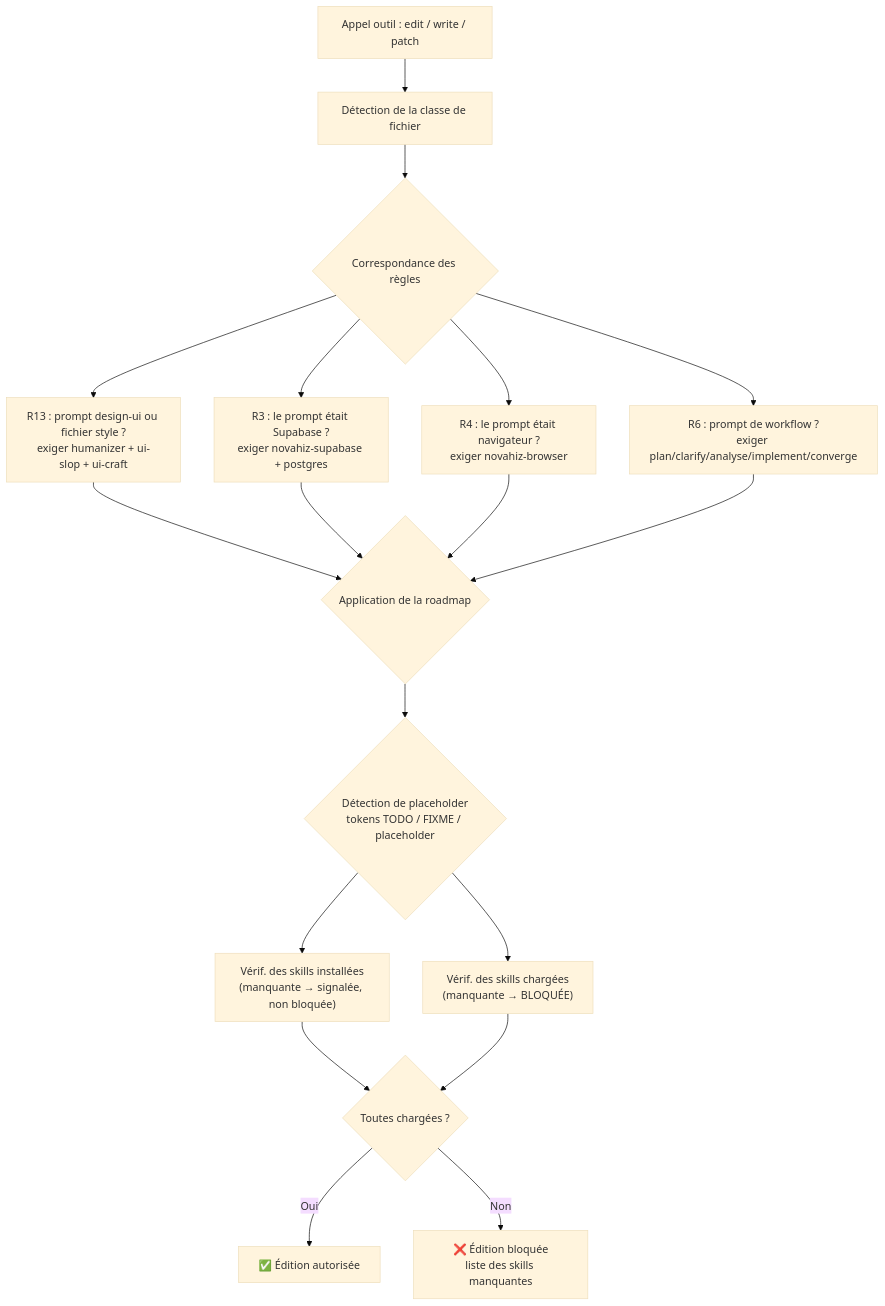
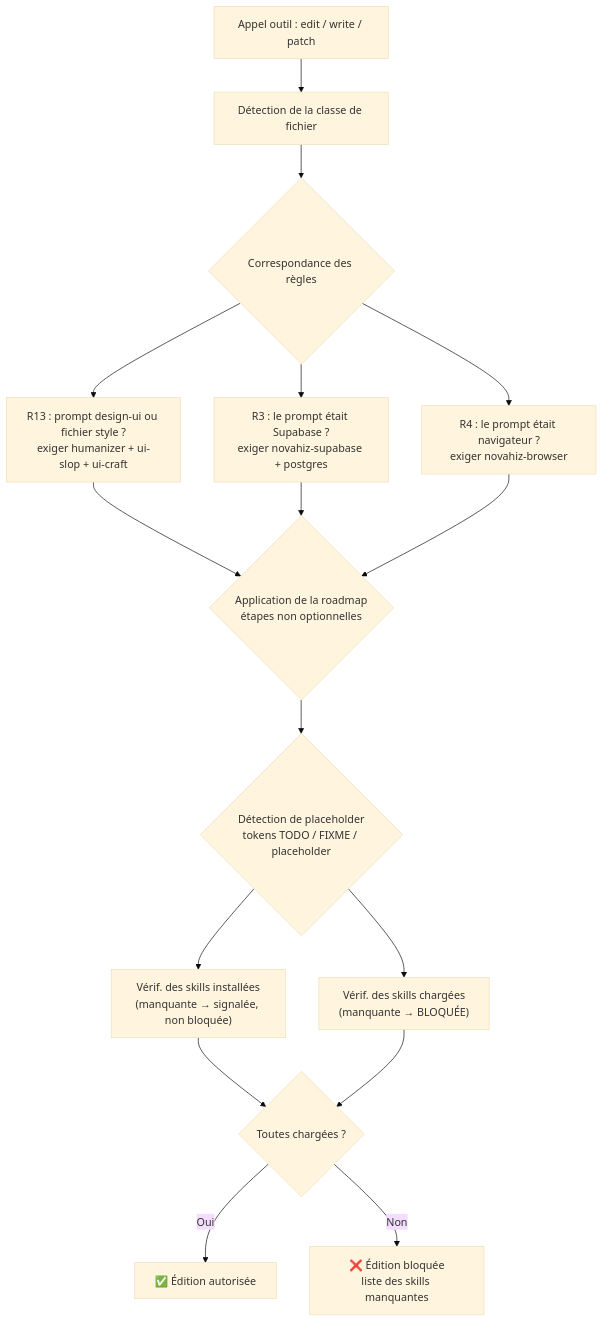
One commit to novahiz/novahiz changed the second of 4 diagrams in README.md. Above: the diagram before and after it, drawn with Mermaid (base theme). The commit also changed other lines of this file and 28 other files, not shown here.

````diff
--- a/README.md
+++ b/README.md
@@ -120,26 +120,24 @@
 ```mermaid
 flowchart TD
     A[Appel outil : edit / write / patch] --> B[Détection de la classe de fichier]
     B --> C{Correspondance des règles}
     
     C --> D[R13 : prompt design-ui ou fichier style ?<br/>exiger humanizer + ui-slop + ui-craft]
     C --> F[R3 : le prompt était Supabase ?<br/>exiger novahiz-supabase + postgres]
     C --> G[R4 : le prompt était navigateur ?<br/>exiger novahiz-browser]
-    C --> H[R6 : prompt de workflow ?<br/>exiger plan/clarify/analyse/implement/converge]
     
-    D --> I{Application de la roadmap}
+    D --> I{Application de la roadmap<br/>étapes non optionnelles}
     F --> I
     G --> I
-    H --> I
     
     I --> J{Détection de placeholder<br/>tokens TODO / FIXME / placeholder}
     
     J --> K["Vérif. des skills installées<br/>(manquante → signalée, non bloquée)"]
     J --> L["Vérif. des skills chargées<br/>(manquante → BLOQUÉE)"]
     
     K --> M{Toutes chargées ?}
     L --> M
     
     M -->|Oui| N[✅ Édition autorisée]
     M -->|Non| O[❌ Édition bloquée<br/>liste des skills manquantes]
 ```
````
